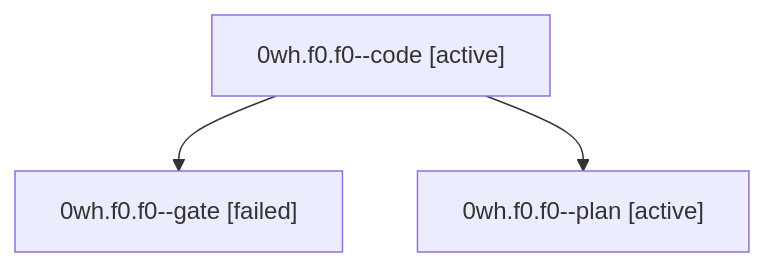
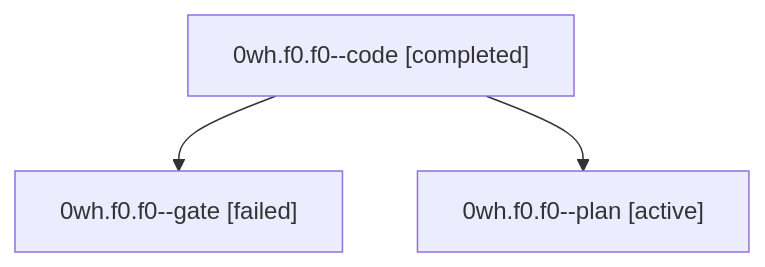
One commit to bobs-org/bob-cli--agents changed the diagram in sessions/bbugyi200.athena.0wh.f0.f0.md. Above: the diagram before and after it, drawn with Mermaid. The commit also changed other lines of this file and 49 other files, not shown here.

````diff
--- a/sessions/bbugyi200.athena.0wh.f0.f0.md
+++ b/sessions/bbugyi200.athena.0wh.f0.f0.md
@@ -9,8 +9,8 @@
 ```mermaid
 flowchart TD
-  n0["0wh.f0.f0--code [active]"]
+  n0["0wh.f0.f0--code [completed]"]
   n1["0wh.f0.f0--gate [failed]"]
   n0 --> n1
   n2["0wh.f0.f0--plan [active]"]
   n0 --> n2
 ```
````
